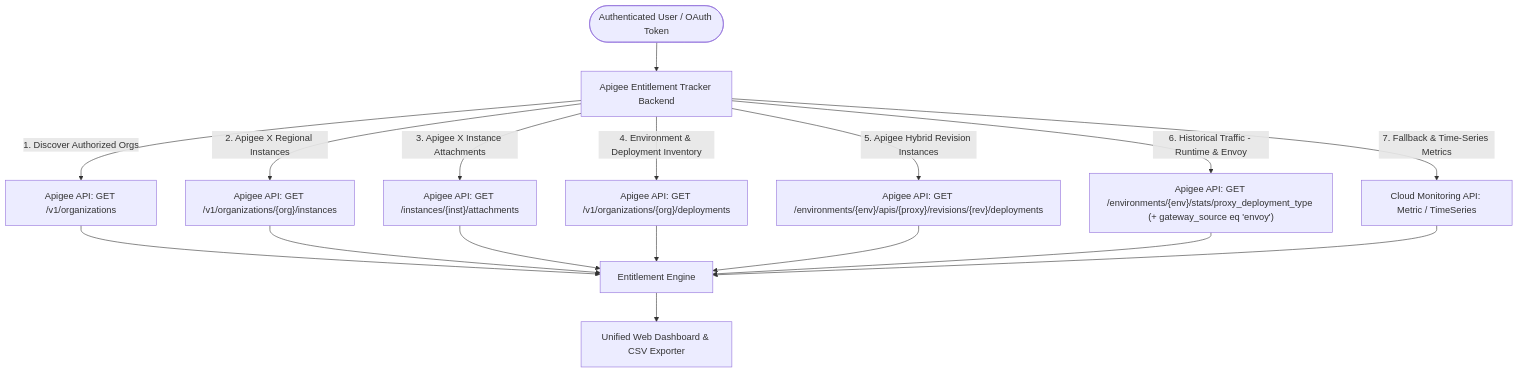
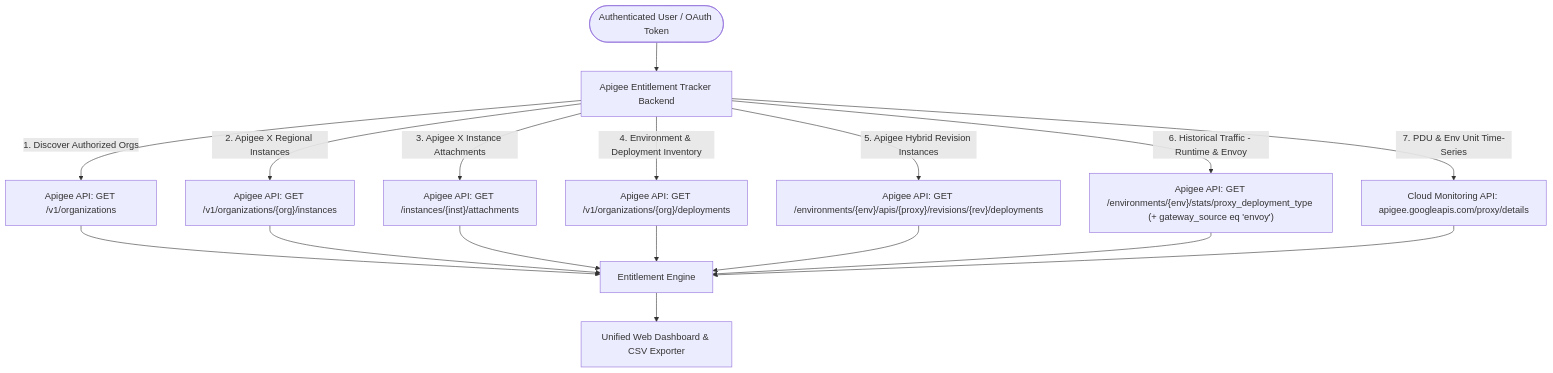
One commit to g-lalevee/Apigee-Entitlement-Tracker changed the diagram in README.md. Above: the diagram before and after it, drawn with Mermaid. The commit also changed other lines of this file and 13 other files, not shown here.

````diff
--- a/README.md
+++ b/README.md
@@ -60,22 +61,22 @@
 ```mermaid
 flowchart TD
     User([Authenticated User / OAuth Token]) --> Backend[Apigee Entitlement Tracker Backend]
     
     Backend -->|1. Discover Authorized Orgs| ApigeeOrgs["Apigee API: GET /v1/organizations"]
     Backend -->|2. Apigee X Regional Instances| ApigeeInst["Apigee API: GET /v1/organizations/{org}/instances"]
     Backend -->|3. Apigee X Instance Attachments| ApigeeAttach["Apigee API: GET /instances/{inst}/attachments"]
     Backend -->|4. Environment & Deployment Inventory| ApigeeDep["Apigee API: GET /v1/organizations/{org}/deployments"]
     Backend -->|5. Apigee Hybrid Revision Instances| ApigeeRevDep["Apigee API: GET /environments/{env}/apis/{proxy}/revisions/{rev}/deployments"]
     Backend -->|6. Historical Traffic - Runtime & Envoy | ApigeeStats["Apigee API: GET /environments/{env}/stats/proxy_deployment_type (+ gateway_source eq 'envoy')"]
-    Backend -->|7. Fallback & Time-Series Metrics| CloudMon["Cloud Monitoring API: Metric / TimeSeries"]
+    Backend -->|7. PDU & Env Unit Time-Series| CloudMon["Cloud Monitoring API: apigee.googleapis.com/proxy/details"]
     
     ApigeeOrgs --> Engine[Entitlement Engine]
     ApigeeInst --> Engine
     ApigeeAttach --> Engine
     ApigeeDep --> Engine
     ApigeeRevDep --> Engine
     ApigeeStats --> Engine
     CloudMon --> Engine
     
     Engine --> Dashboard[Unified Web Dashboard & CSV Exporter]
 ```
````
